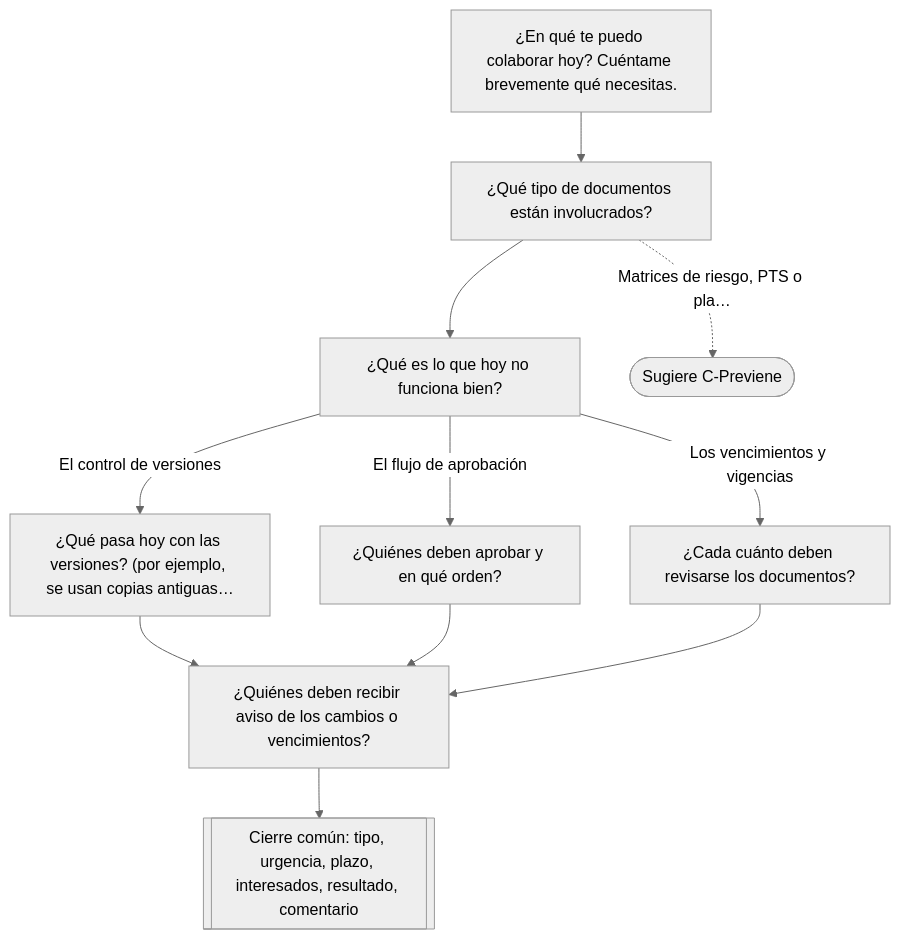
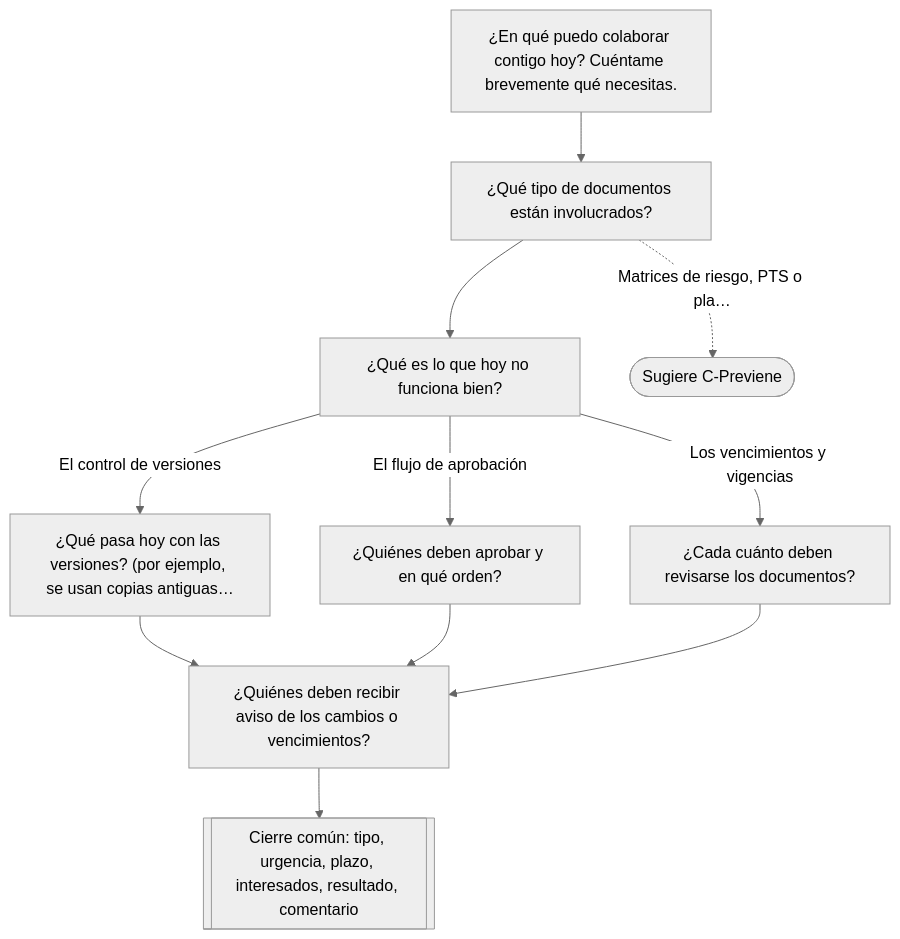
Before and after one commit to martiincooper/ops: the second of 7 diagrams in docs/arboles-de-decision.md, drawn with Mermaid (neutral theme). The commit also changed other lines of this file and 12 other files, not shown here.

````diff
--- a/docs/arboles-de-decision.md
+++ b/docs/arboles-de-decision.md
@@ -79,22 +79,22 @@
 ```mermaid
 flowchart TD
-  inicio["¿En qué te puedo colaborar hoy? Cuéntame brevemente qué necesitas."]
+  inicio["¿En qué puedo colaborar contigo hoy? Cuéntame brevemente qué necesitas."]
   controla_documento["¿Qué tipo de documentos están involucrados?"]
   controla_problema["¿Qué es lo que hoy no funciona bien?"]
   controla_versiones["¿Qué pasa hoy con las versiones? (por ejemplo, se usan copias antiguas…"]
   controla_aprobadores["¿Quiénes deben aprobar y en qué orden?"]
   controla_vigencia["¿Cada cuánto deben revisarse los documentos?"]
   controla_notificar["¿Quiénes deben recibir aviso de los cambios o vencimientos?"]
   COMUN[["Cierre común: tipo, urgencia, plazo, interesados, resultado, comentario"]]
   inicio --> controla_documento
   controla_documento --> controla_problema
   controla_problema -->|"El control de versiones"| controla_versiones
   controla_problema -->|"El flujo de aprobación"| controla_aprobadores
   controla_problema -->|"Los vencimientos y vigencias"| controla_vigencia
   controla_versiones --> controla_notificar
   controla_aprobadores --> controla_notificar
   controla_vigencia --> controla_notificar
   controla_notificar --> COMUN
   SUG_controla_documento_preventivos(["Sugiere C-Previene"])
   controla_documento -.->|"Matrices de riesgo, PTS o pla…"| SUG_controla_documento_preventivos
 ```
````
